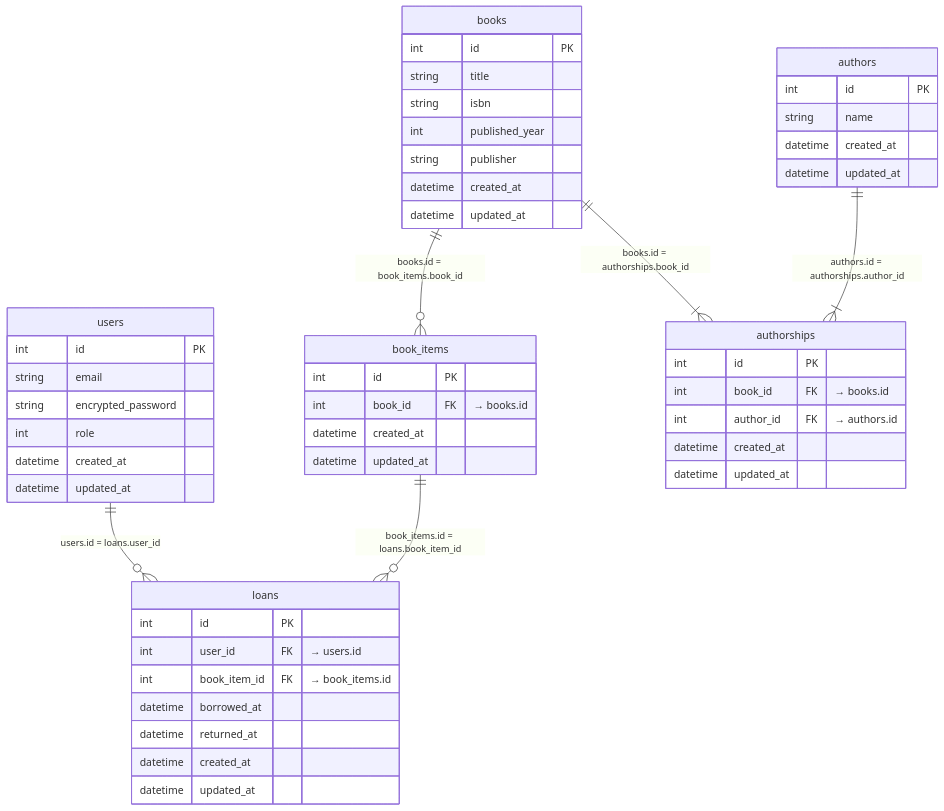
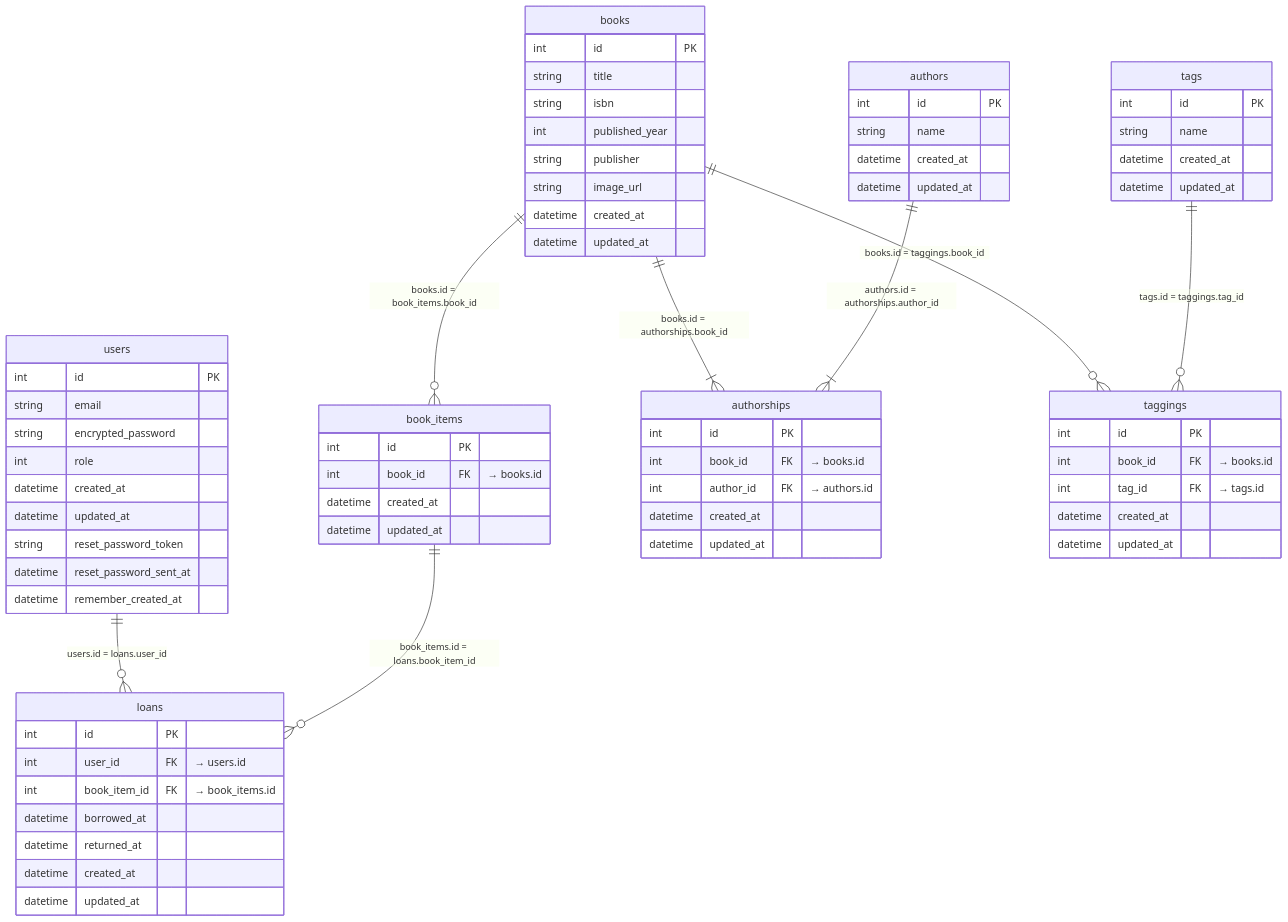
The diagram in README.md (Kyosuke1004/library_management_system), drawn with Mermaid before and after one commit. The commit also changed 1 other file, not shown here.

Commit message:
DB定義・ER図の同期: authors.name_kana, authorships.position, tags.color等の不要カラム削除・READMEのER図をschema.rbに合わせて修正

````diff
--- a/README.md
+++ b/README.md
@@ -1,59 +1,80 @@
 ```mermaid
 erDiagram
     users ||--o{ loans : "users.id = loans.user_id"
     books ||--o{ book_items : "books.id = book_items.book_id"
     book_items ||--o{ loans : "book_items.id = loans.book_item_id"
     books ||--|{ authorships : "books.id = authorships.book_id"
     authors ||--|{ authorships : "authors.id = authorships.author_id"
+    books ||--o{ taggings : "books.id = taggings.book_id"
+    tags ||--o{ taggings : "tags.id = taggings.tag_id"
 
     users {
         int id PK
         string email
         string encrypted_password
         int role
         datetime created_at
         datetime updated_at
+        string reset_password_token
+        datetime reset_password_sent_at
+        datetime remember_created_at
     }
 
     books {
         int id PK
         string title
         string isbn
         int published_year
         string publisher
+        string image_url
         datetime created_at
         datetime updated_at
     }
 
     book_items {
         int id PK
         int book_id FK "→ books.id"
         datetime created_at
         datetime updated_at
     }
 
     authors {
         int id PK
         string name
         datetime created_at
         datetime updated_at
     }
 
     loans {
         int id PK
         int user_id FK "→ users.id"
         int book_item_id FK "→ book_items.id"
         datetime borrowed_at
         datetime returned_at
         datetime created_at
         datetime updated_at
     }
 
     authorships {
         int id PK
         int book_id FK "→ books.id"
         int author_id FK "→ authors.id"
         datetime created_at
         datetime updated_at
     }
+
+    tags {
+        int id PK
+        string name
+        datetime created_at
+        datetime updated_at
+    }
+
+    taggings {
+        int id PK
+        int book_id FK "→ books.id"
+        int tag_id FK "→ tags.id"
+        datetime created_at
+        datetime updated_at
+    }
 ```
````
